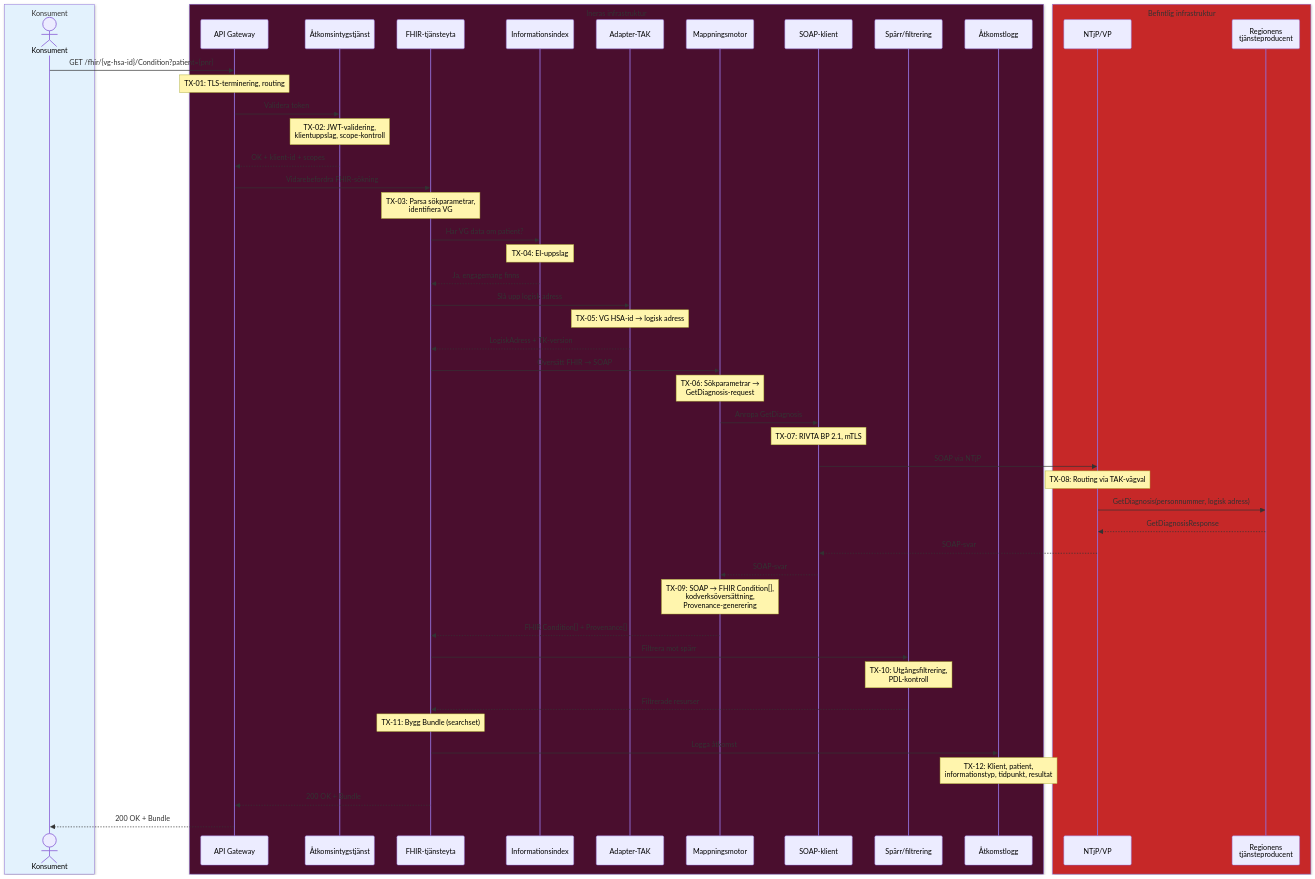
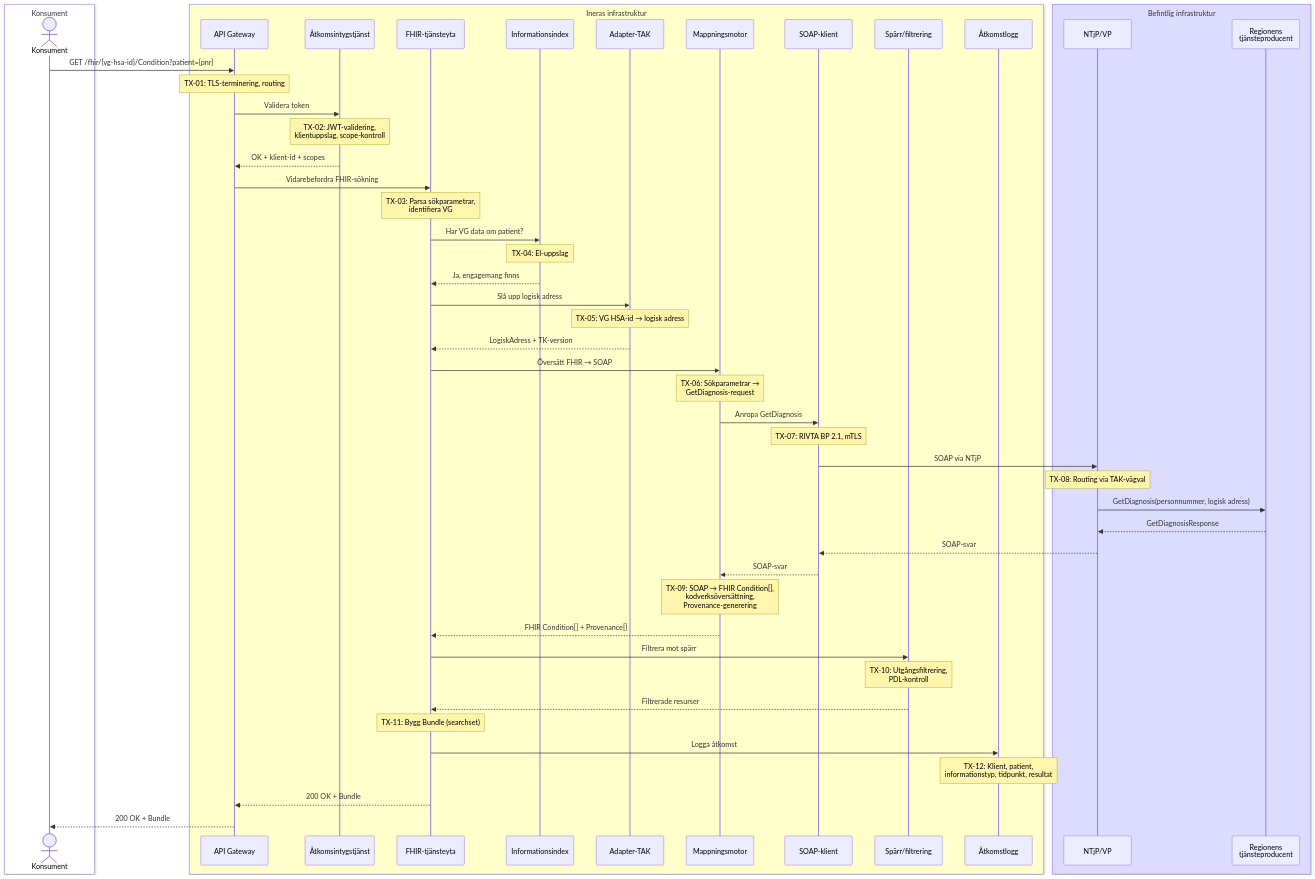
One commit to oskthu2/inera changed the first of 9 diagrams in T2/EHDS-brygga/losningsarkitektur-mvp-ehds.md. Above: the diagram before and after it, drawn with Mermaid.

Commit message:
Uppdatera Mermaid-diagramfärger att matcha arkitekturbilden
- Konsument: vit (255,255,255)
- Ineras infrastruktur: ljusgul (255,255,204)
- Befintlig infrastruktur: lavendel (220,220,255)

https://claude.ai/code/session_013qL9F9ScAcxR2TPa67Cc9a

````diff
--- a/T2/EHDS-brygga/losningsarkitektur-mvp-ehds.md
+++ b/T2/EHDS-brygga/losningsarkitektur-mvp-ehds.md
@@ -67,67 +67,67 @@
 ```mermaid
 sequenceDiagram
-    box rgb(227,242,253) Konsument
+    box rgb(255,255,255) Konsument
         actor K as Konsument
     end
-    box rgb(74,14,46) Ineras infrastruktur
+    box rgb(255,255,204) Ineras infrastruktur
         participant GW as API Gateway
         participant AT as Åtkomsintygstjänst
         participant FY as FHIR-tjänsteyta
         participant IX as Informationsindex
         participant TAK as Adapter-TAK
         participant MM as Mappningsmotor
         participant SC as SOAP-klient
         participant SP as Spärr/filtrering
         participant LG as Åtkomstlogg
     end
-    box rgb(198,40,40) Befintlig infrastruktur
+    box rgb(220,220,255) Befintlig infrastruktur
         participant VP as NTjP/VP
         participant PROD as Regionens<br/>tjänsteproducent
     end
 
     K->>GW: GET /fhir/{vg-hsa-id}/Condition?patient={pnr}
     Note over GW: TX-01: TLS-terminering, routing
 
     GW->>AT: Validera token
     Note over AT: TX-02: JWT-validering,<br/>klientuppslag, scope-kontroll
     AT-->>GW: OK + klient-id + scopes
 
     GW->>FY: Vidarebefordra FHIR-sökning
     Note over FY: TX-03: Parsa sökparametrar,<br/>identifiera VG
 
     FY->>IX: Har VG data om patient?
     Note over IX: TX-04: EI-uppslag
     IX-->>FY: Ja, engagemang finns
 
     FY->>TAK: Slå upp logisk adress
     Note over TAK: TX-05: VG HSA-id → logisk adress
     TAK-->>FY: LogiskAdress + TK-version
 
     FY->>MM: Översätt FHIR → SOAP
     Note over MM: TX-06: Sökparametrar →<br/>GetDiagnosis-request
 
     MM->>SC: Anropa GetDiagnosis
     Note over SC: TX-07: RIVTA BP 2.1, mTLS
 
     SC->>VP: SOAP via NTjP
     Note over VP: TX-08: Routing via TAK-vägval
     VP->>PROD: GetDiagnosis(personnummer, logisk adress)
     PROD-->>VP: GetDiagnosisResponse
     VP-->>SC: SOAP-svar
 
     SC-->>MM: SOAP-svar
     Note over MM: TX-09: SOAP → FHIR Condition[],<br/>kodverksöversättning,<br/>Provenance-generering
     MM-->>FY: FHIR Condition[] + Provenance[]
 
     FY->>SP: Filtrera mot spärr
     Note over SP: TX-10: Utgångsfiltrering,<br/>PDL-kontroll
     SP-->>FY: Filtrerade resurser
 
     Note over FY: TX-11: Bygg Bundle (searchset)
 
     FY->>LG: Logga åtkomst
     Note over LG: TX-12: Klient, patient,<br/>informationstyp, tidpunkt, resultat
 
     FY-->>GW: 200 OK + Bundle
     GW-->>K: 200 OK + Bundle
 ```
````
